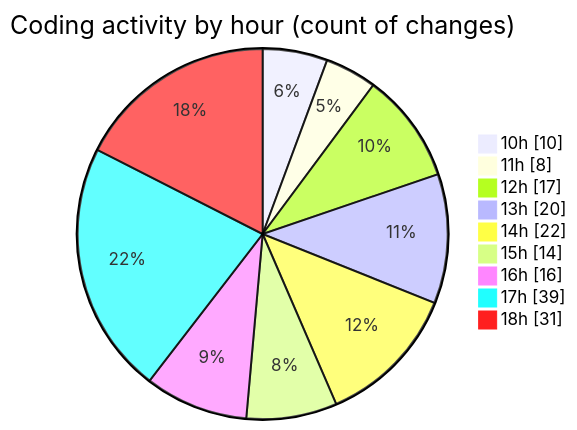
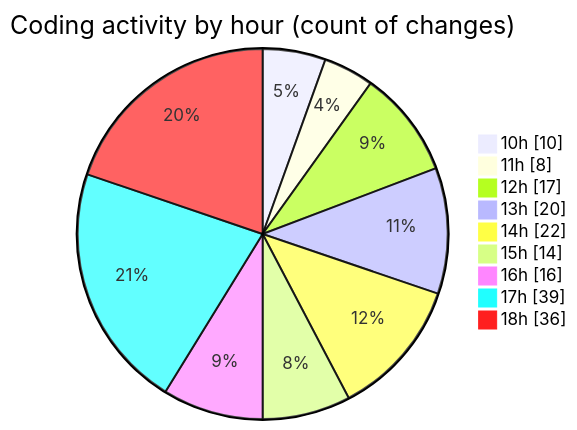
One commit to momahboobian/code-tracking changed the second of 2 diagrams in 2025-12-03/cda/README.md. Above: the diagram before and after it, drawn with Mermaid. The commit also changed other lines of this file and 1 other file, not shown here.

````diff
--- a/2025-12-03/cda/README.md
+++ b/2025-12-03/cda/README.md
@@ -44,13 +44,13 @@
 ```mermaid
 pie showData
 title Coding activity by hour (count of changes)
 "10h" : 10
 "11h" : 8
 "12h" : 17
 "13h" : 20
 "14h" : 22
 "15h" : 14
 "16h" : 16
 "17h" : 39
-"18h" : 31
+"18h" : 36
 ```
````
